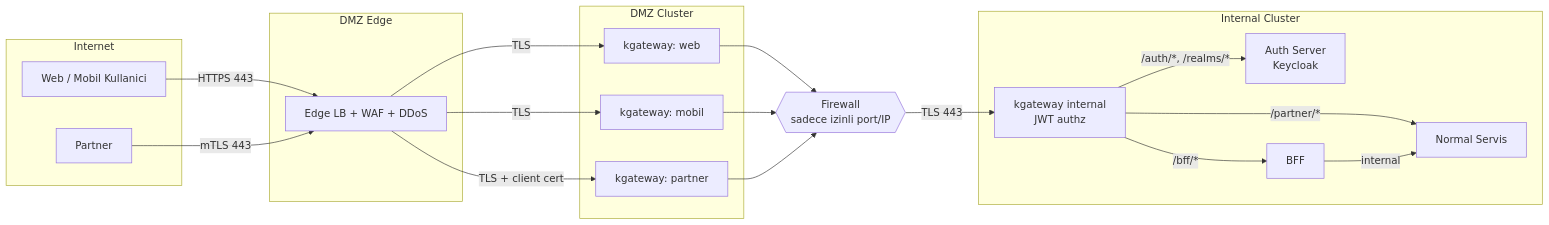
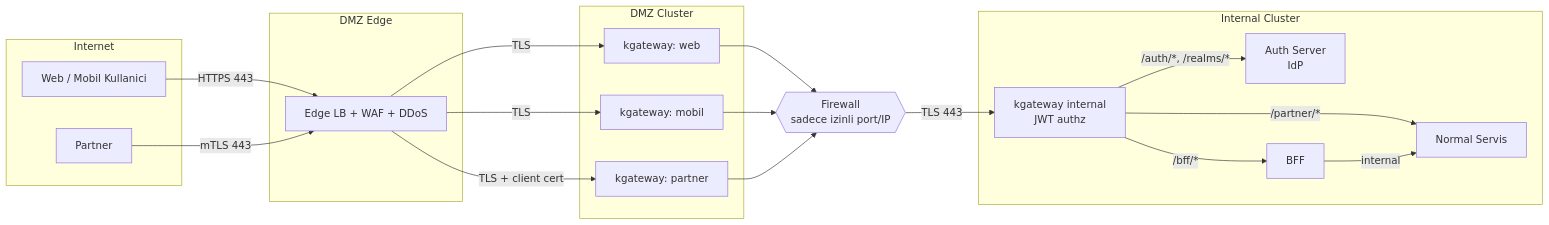
One commit to olgunyldz/dmz-lab changed the diagram in design.md. Above: the diagram before and after it, drawn with Mermaid. The commit also changed other lines of this file and 88 other files, not shown here.

````diff
--- a/design.md
+++ b/design.md
@@ -51,42 +51,42 @@
 ```mermaid
 flowchart LR
   subgraph NET["Internet"]
     U["Web / Mobil Kullanici"]
     P["Partner"]
   end
 
   subgraph EDGE["DMZ Edge"]
     E["Edge LB + WAF + DDoS"]
   end
 
   subgraph DMZ["DMZ Cluster"]
     GWW["kgateway: web"]
     GWM["kgateway: mobil"]
     GWP["kgateway: partner"]
   end
 
   FW{{"Firewall<br/>sadece izinli port/IP"}}
 
   subgraph INT["Internal Cluster"]
     IGW["kgateway internal<br/>JWT authz"]
-    AUTH["Auth Server<br/>Keycloak"]
+    AUTH["Auth Server<br/>IdP"]
     BFF["BFF"]
     CORE["Normal Servis"]
   end
 
   U -->|"HTTPS 443"| E
   P -->|"mTLS 443"| E
   E -->|"TLS"| GWW
   E -->|"TLS"| GWM
   E -->|"TLS + client cert"| GWP
 
   GWW --> FW
   GWM --> FW
   GWP --> FW
   FW -->|"TLS 443"| IGW
 
   IGW -->|"/auth/*, /realms/*"| AUTH
   IGW -->|"/bff/*"| BFF
   IGW -->|"/partner/*"| CORE
   BFF -->|"internal"| CORE
 ```
````
